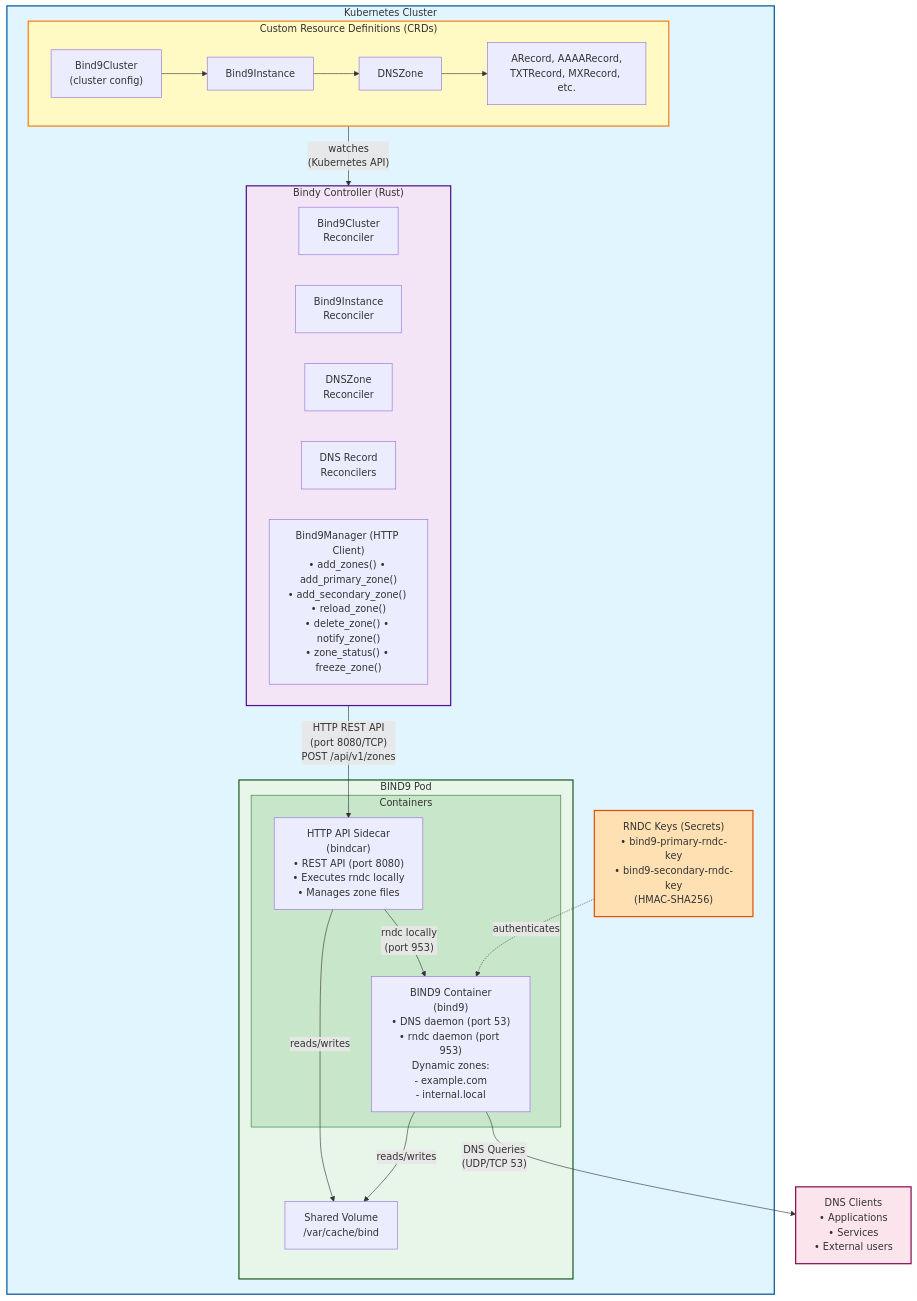
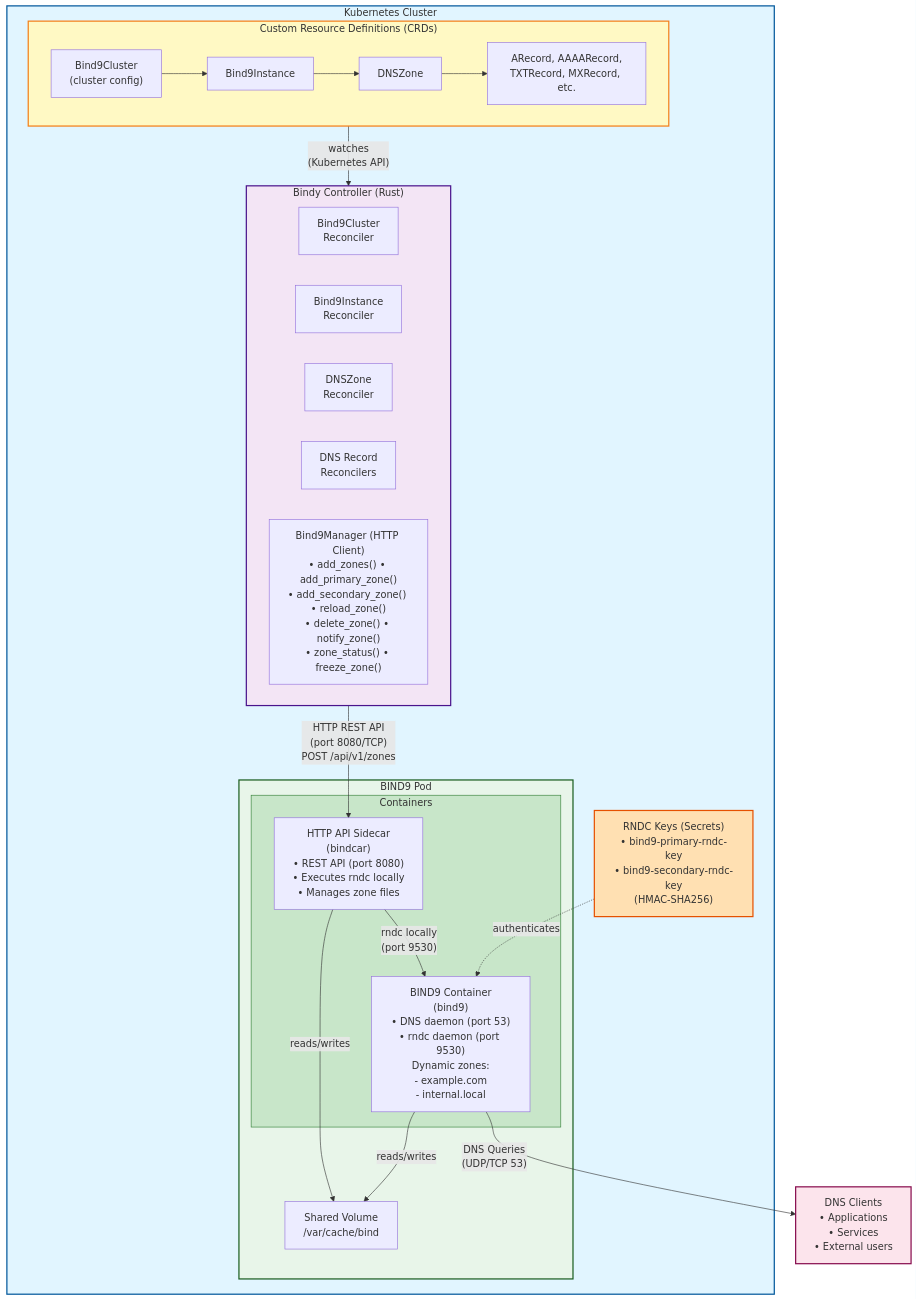
One commit to firestoned/bindy changed the diagram in docs/src/concepts/architecture-http-api.md. Above: the diagram before and after it, drawn with Mermaid. The commit also changed other lines of this file and 29 other files, not shown here.

````diff
--- a/docs/src/concepts/architecture-http-api.md
+++ b/docs/src/concepts/architecture-http-api.md
@@ -7,51 +7,51 @@
 ```mermaid
 graph TB
     subgraph k8s["Kubernetes Cluster"]
         subgraph crds["Custom Resource Definitions (CRDs)"]
             cluster["Bind9Cluster<br/>(cluster config)"]
             instance["Bind9Instance"]
             zone["DNSZone"]
             records["ARecord, AAAARecord,<br/>TXTRecord, MXRecord, etc."]
 
             cluster --> instance
             instance --> zone
             zone --> records
         end
 
         subgraph controller["Bindy Controller (Rust)"]
             rec1["Bind9Cluster<br/>Reconciler"]
             rec2["Bind9Instance<br/>Reconciler"]
             rec3["DNSZone<br/>Reconciler"]
             rec4["DNS Record<br/>Reconcilers"]
             manager["Bind9Manager (HTTP Client)<br/>• add_zones() • add_primary_zone()<br/>• add_secondary_zone() • reload_zone()<br/>• delete_zone() • notify_zone()<br/>• zone_status() • freeze_zone()"]
         end
 
         subgraph bind9pod["BIND9 Pod"]
             subgraph containers["Containers"]
-                bind9["BIND9 Container<br/>(bind9)<br/>• DNS daemon (port 53)<br/>• rndc daemon (port 953)<br/>Dynamic zones:<br/>- example.com<br/>- internal.local"]
+                bind9["BIND9 Container<br/>(bind9)<br/>• DNS daemon (port 53)<br/>• rndc daemon (port 9530)<br/>Dynamic zones:<br/>- example.com<br/>- internal.local"]
                 api["HTTP API Sidecar<br/>(bindcar)<br/>• REST API (port 8080)<br/>• Executes rndc locally<br/>• Manages zone files"]
             end
             vol["Shared Volume<br/>/var/cache/bind"]
         end
 
         secrets["RNDC Keys (Secrets)<br/>• bind9-primary-rndc-key<br/>• bind9-secondary-rndc-key<br/>(HMAC-SHA256)"]
     end
 
     clients["DNS Clients<br/>• Applications<br/>• Services<br/>• External users"]
 
     crds -->|"watches<br/>(Kubernetes API)"| controller
     controller -->|"HTTP REST API<br/>(port 8080/TCP)<br/>POST /api/v1/zones"| api
-    api -->|"rndc locally<br/>(port 953)"| bind9
+    api -->|"rndc locally<br/>(port 9530)"| bind9
     api -->|"reads/writes"| vol
     bind9 -->|"reads/writes"| vol
     bind9 -->|"DNS Queries<br/>(UDP/TCP 53)"| clients
     secrets -.->|"authenticates"| bind9
 
     style k8s fill:#e1f5ff,stroke:#01579b,stroke-width:2px
     style crds fill:#fff9c4,stroke:#f57f17,stroke-width:2px
     style controller fill:#f3e5f5,stroke:#4a148c,stroke-width:2px
     style bind9pod fill:#e8f5e9,stroke:#1b5e20,stroke-width:2px
     style containers fill:#c8e6c9,stroke:#2e7d32,stroke-width:1px
     style secrets fill:#ffe0b2,stroke:#e65100,stroke-width:2px
     style clients fill:#fce4ec,stroke:#880e4f,stroke-width:2px
 ```
````
